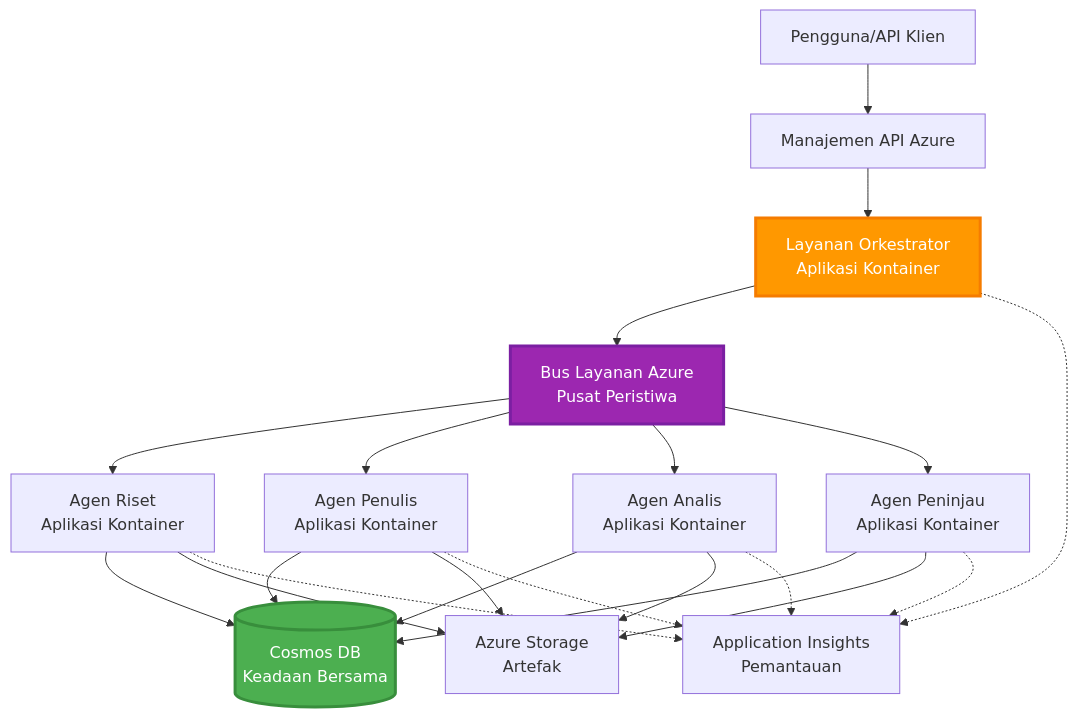
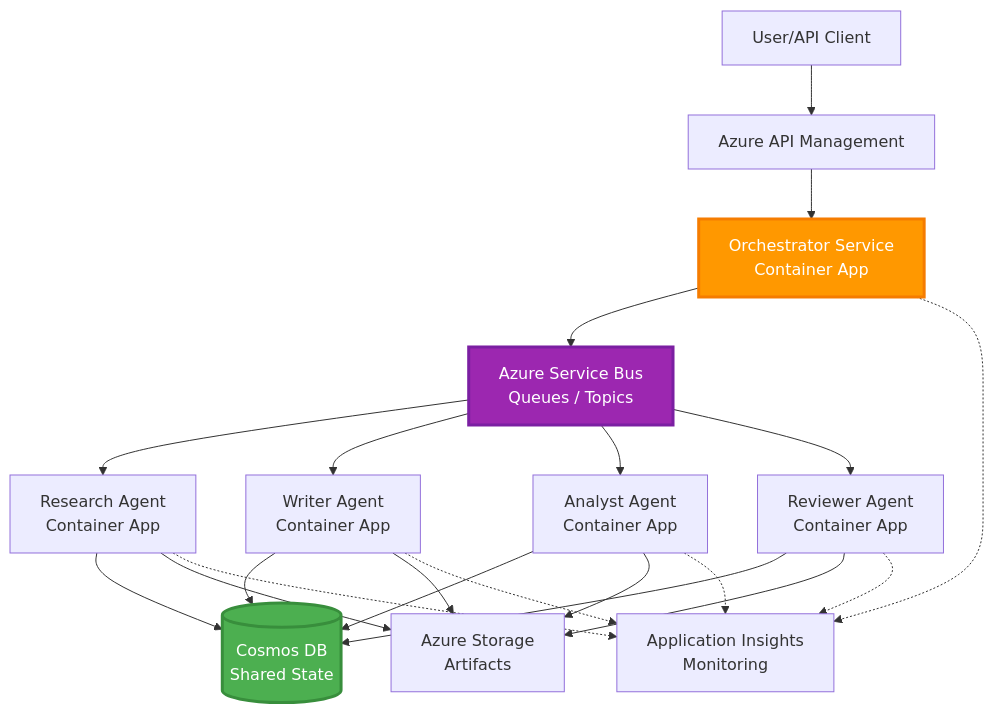
One commit to microsoft/AZD-for-beginners changed the seventh of 7 diagrams in translations/id/docs/chapter-06-pre-deployment/coordination-patterns.md. Above: the diagram before and after it, drawn with Mermaid. The commit also changed other lines of this file and 167 other files, not shown here.

````diff
--- a/translations/id/docs/chapter-06-pre-deployment/coordination-patterns.md
+++ b/translations/id/docs/chapter-06-pre-deployment/coordination-patterns.md
@@ -265,45 +271,45 @@
 ```mermaid
 graph TB
-    User[Pengguna/API Klien]
-    APIM[Manajemen API Azure]
-    Orchestrator[Layanan Orkestrator<br/>Aplikasi Kontainer]
-    ServiceBus[Bus Layanan Azure<br/>Pusat Peristiwa]
+    User[User/API Client]
+    APIM[Azure API Management]
+    Orchestrator[Orchestrator Service<br/>Container App]
+    ServiceBus[Azure Service Bus<br/>Queues / Topics]
     
-    Agent1[Agen Riset<br/>Aplikasi Kontainer]
-    Agent2[Agen Penulis<br/>Aplikasi Kontainer]
-    Agent3[Agen Analis<br/>Aplikasi Kontainer]
-    Agent4[Agen Peninjau<br/>Aplikasi Kontainer]
+    Agent1[Research Agent<br/>Container App]
+    Agent2[Writer Agent<br/>Container App]
+    Agent3[Analyst Agent<br/>Container App]
+    Agent4[Reviewer Agent<br/>Container App]
     
-    CosmosDB[(Cosmos DB<br/>Keadaan Bersama)]
-    Storage[Azure Storage<br/>Artefak]
-    AppInsights[Application Insights<br/>Pemantauan]
+    CosmosDB[(Cosmos DB<br/>Shared State)]
+    Storage[Azure Storage<br/>Artifacts]
+    AppInsights[Application Insights<br/>Monitoring]
     
     User --> APIM
     APIM --> Orchestrator
     
     Orchestrator --> ServiceBus
     ServiceBus --> Agent1
     ServiceBus --> Agent2
     ServiceBus --> Agent3
     ServiceBus --> Agent4
     
     Agent1 --> CosmosDB
     Agent2 --> CosmosDB
     Agent3 --> CosmosDB
     Agent4 --> CosmosDB
     
     Agent1 --> Storage
     Agent2 --> Storage
     Agent3 --> Storage
     Agent4 --> Storage
     
     Orchestrator -.-> AppInsights
     Agent1 -.-> AppInsights
     Agent2 -.-> AppInsights
     Agent3 -.-> AppInsights
     Agent4 -.-> AppInsights
     
     style Orchestrator fill:#FF9800,stroke:#F57C00,stroke-width:3px,color:#fff
     style ServiceBus fill:#9C27B0,stroke:#7B1FA2,stroke-width:3px,color:#fff
     style CosmosDB fill:#4CAF50,stroke:#388E3C,stroke-width:3px,color:#fff
 ```
````
